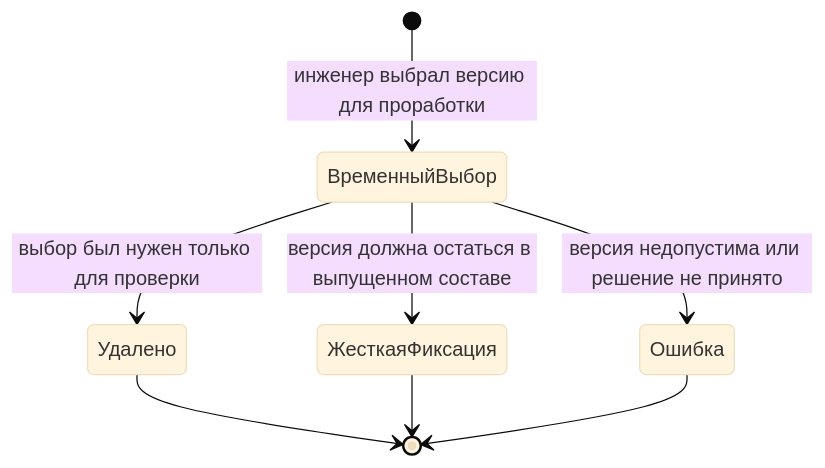
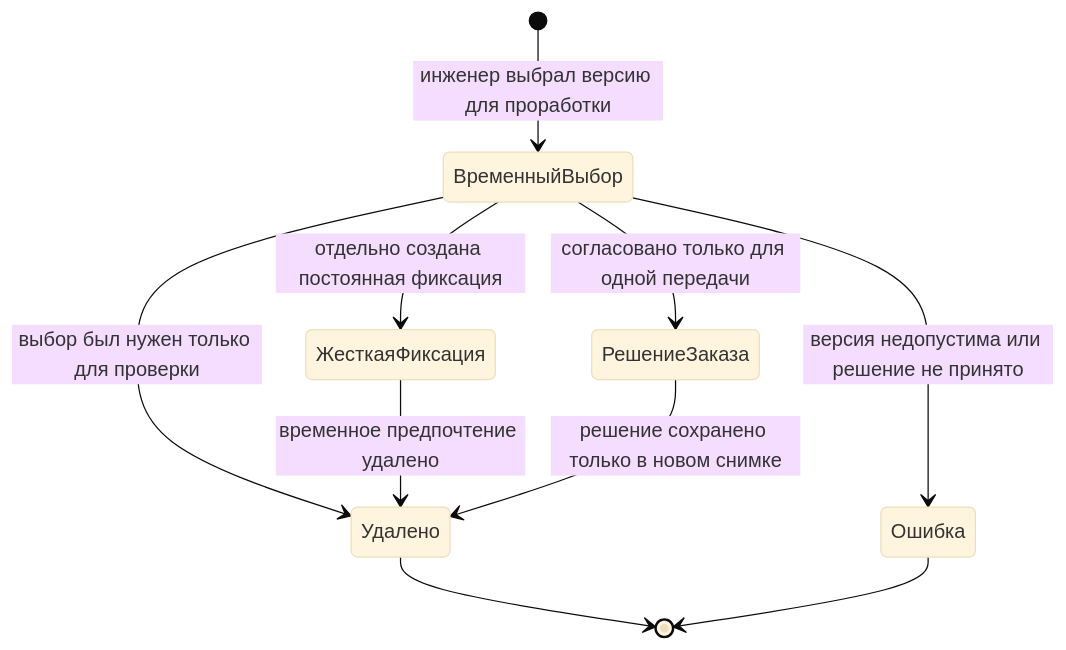
One commit to ZelAnton/Interlink-product-book changed the diagram in wiki/Selection-temporary-preference.md. Above: the diagram before and after it, drawn with Mermaid (base theme). The commit also changed other lines of this file and 67 other files, not shown here.

````diff
--- a/wiki/Selection-temporary-preference.md
+++ b/wiki/Selection-temporary-preference.md
@@ -36,10 +36,12 @@
 ```mermaid
 stateDiagram-v2
     [*] --> ВременныйВыбор: инженер выбрал версию для проработки
     ВременныйВыбор --> Удалено: выбор был нужен только для проверки
-    ВременныйВыбор --> ЖесткаяФиксация: версия должна остаться в выпущенном составе
+    ВременныйВыбор --> ЖесткаяФиксация: отдельно создана постоянная фиксация
+    ВременныйВыбор --> РешениеЗаказа: согласовано только для одной передачи
     ВременныйВыбор --> Ошибка: версия недопустима или решение не принято
     Удалено --> [*]
-    ЖесткаяФиксация --> [*]
+    ЖесткаяФиксация --> Удалено: временное предпочтение удалено
+    РешениеЗаказа --> Удалено: решение сохранено только в новом снимке
     Ошибка --> [*]
 ```
````
